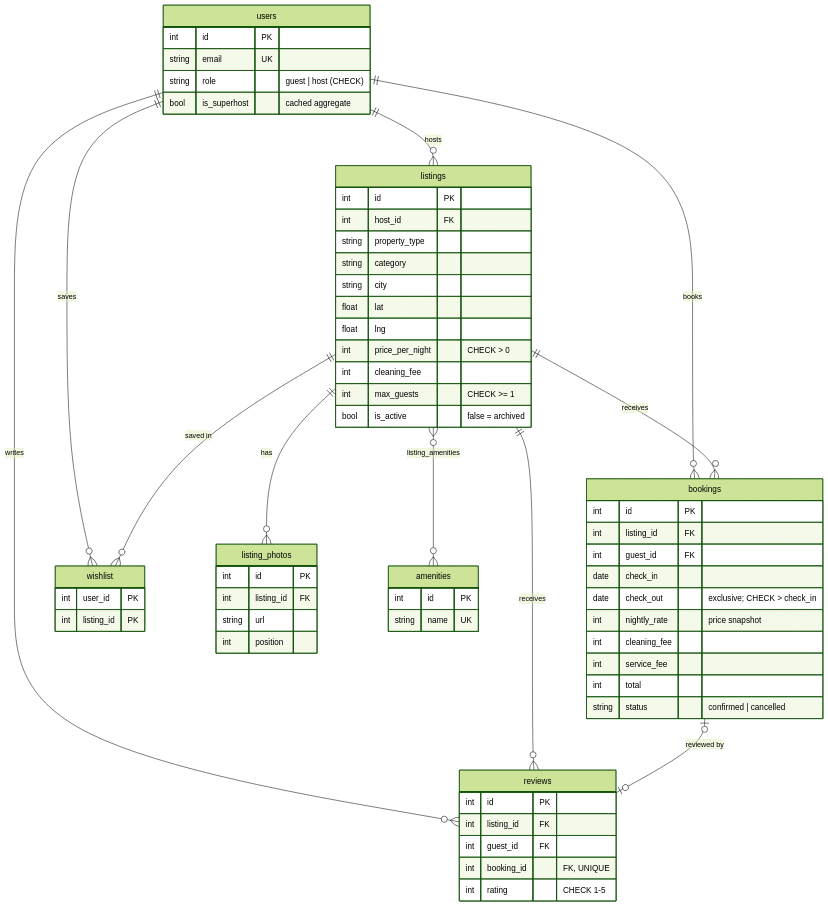
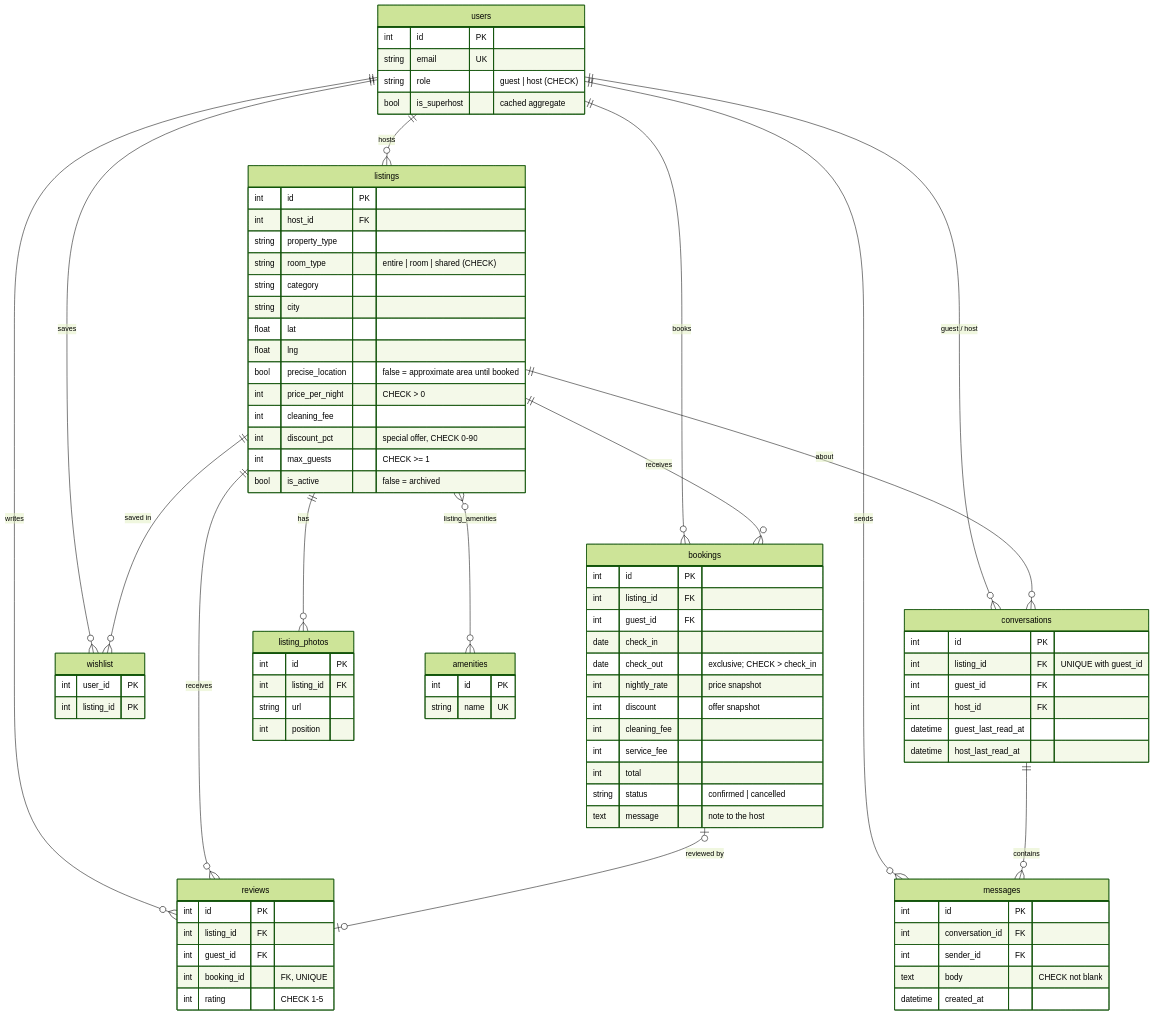
Before and after one commit to disha-002/airbnb-clone: the diagram in README.md, drawn with Mermaid (forest theme). The commit also changed other lines of this file and 115 other files, not shown here.

````diff
--- a/README.md
+++ b/README.md
@@ -72,52 +77,72 @@
 ```mermaid
 erDiagram
     users ||--o{ listings : hosts
     users ||--o{ bookings : books
     users ||--o{ reviews : writes
     users ||--o{ wishlist : saves
+    users ||--o{ conversations : "guest / host"
+    users ||--o{ messages : sends
     listings ||--o{ listing_photos : has
     listings }o--o{ amenities : "listing_amenities"
     listings ||--o{ bookings : receives
     listings ||--o{ reviews : receives
     listings ||--o{ wishlist : "saved in"
     bookings |o--o| reviews : "reviewed by"
+    listings ||--o{ conversations : "about"
+    conversations ||--o{ messages : contains
 
     users { int id PK
         string email UK
         string role "guest | host (CHECK)"
         bool is_superhost "cached aggregate" }
     listings { int id PK
         int host_id FK
         string property_type
+        string room_type "entire | room | shared (CHECK)"
         string category
         string city
         float lat
         float lng
+        bool precise_location "false = approximate area until booked"
         int price_per_night "CHECK > 0"
         int cleaning_fee
+        int discount_pct "special offer, CHECK 0-90"
         int max_guests "CHECK >= 1"
         bool is_active "false = archived" }
     listing_photos { int id PK
         int listing_id FK
         string url
         int position }
     amenities { int id PK
         string name UK }
     bookings { int id PK
         int listing_id FK
         int guest_id FK
         date check_in
         date check_out "exclusive; CHECK > check_in"
         int nightly_rate "price snapshot"
+        int discount "offer snapshot"
         int cleaning_fee
         int service_fee
         int total
-        string status "confirmed | cancelled" }
+        string status "confirmed | cancelled"
+        text message "note to the host" }
     reviews { int id PK
         int listing_id FK
         int guest_id FK
         int booking_id "FK, UNIQUE"
         int rating "CHECK 1-5" }
     wishlist { int user_id PK
         int listing_id PK }
+    conversations { int id PK
+        int listing_id FK "UNIQUE with guest_id"
+        int guest_id FK
+        int host_id FK
+        datetime guest_last_read_at
+        datetime host_last_read_at }
+    messages { int id PK
+        int conversation_id FK
+        int sender_id FK
+        text body "CHECK not blank"
+        datetime created_at }
 ```
````
